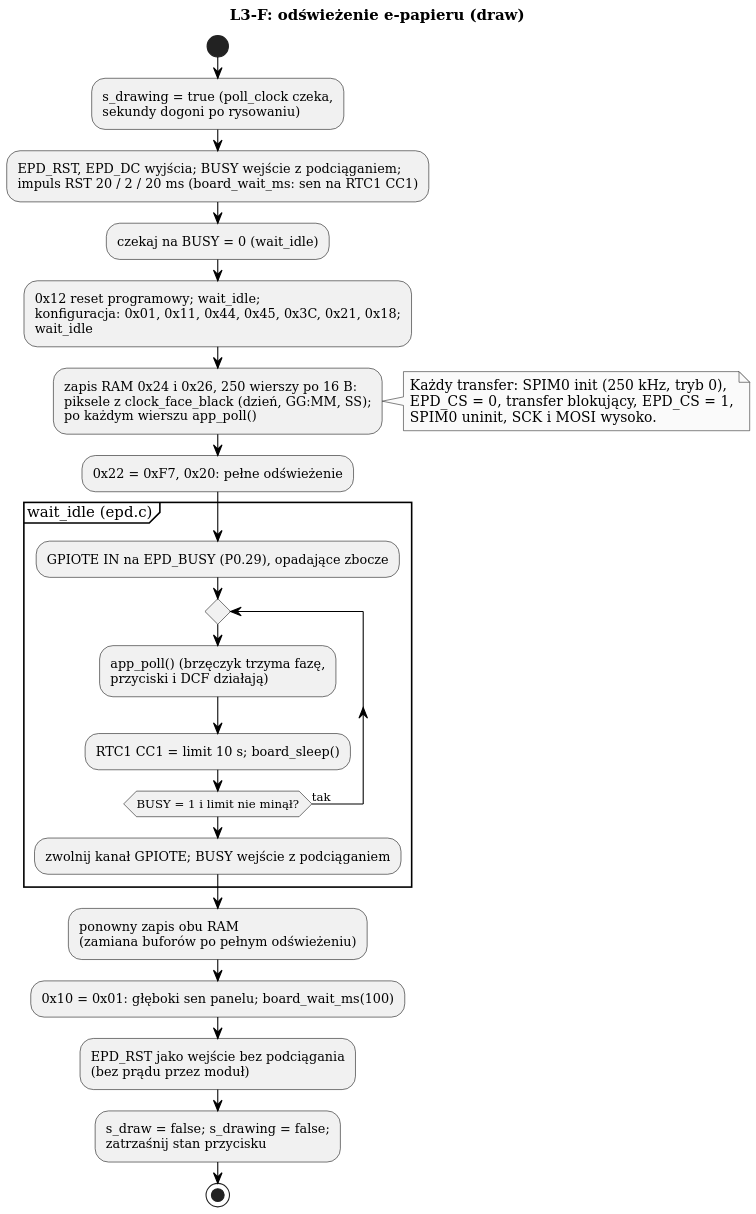
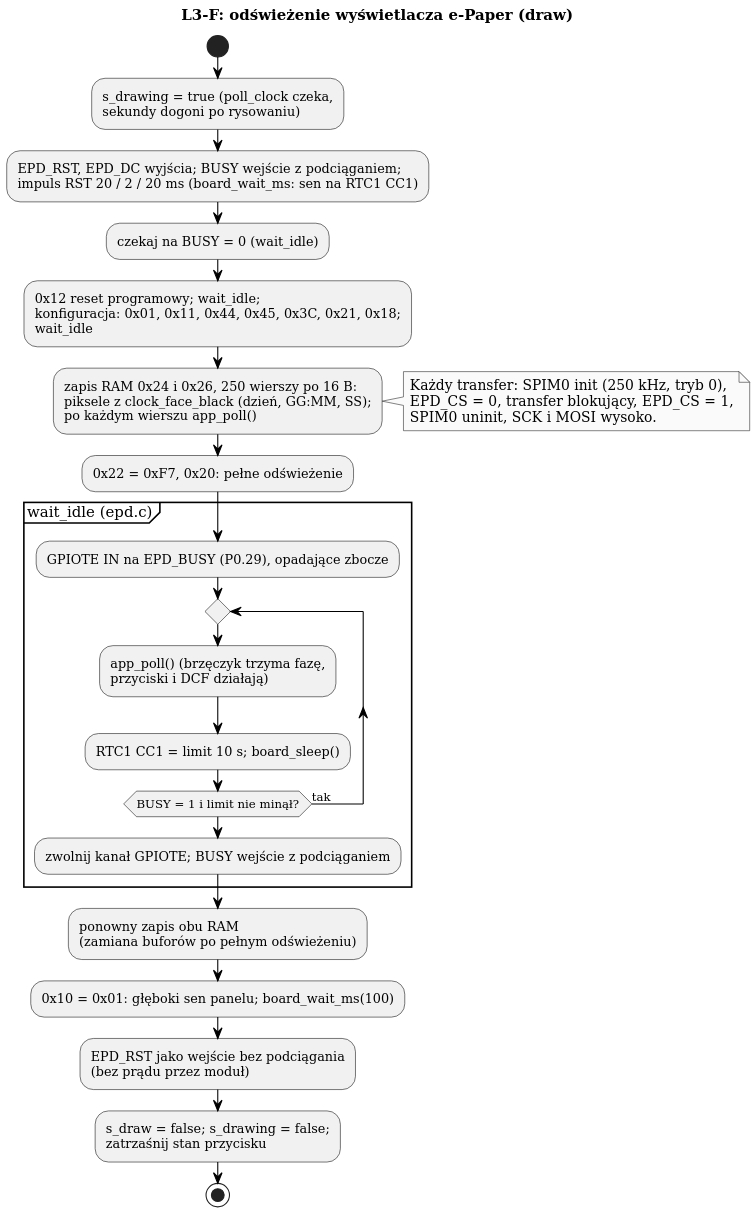
The diagram in firmware/docs/diagrams/l3-detail-f.puml (mikolajwojcicki/clock-project), drawn with PlantUML before and after one commit. The commit also changed other lines of this file and 12 other files, not shown here.

```diff
--- a/firmware/docs/diagrams/l3-detail-f.puml
+++ b/firmware/docs/diagrams/l3-detail-f.puml
@@ -4,56 +4,56 @@
 @startuml
 skinparam monochrome true
 skinparam shadowing false
 skinparam backgroundColor white
 skinparam defaultFontName DejaVu Serif
 skinparam activityFontName DejaVu Serif
 skinparam activityDiamondFontName DejaVu Serif
 skinparam noteFontName DejaVu Serif
 skinparam dpi 160
 skinparam ActivityBorderColor black
 skinparam ActivityDiamondBorderColor black
 skinparam ArrowColor black
 
-title L3-F: odświeżenie e-papieru (draw)
+title L3-F: odświeżenie wyświetlacza e-Paper (draw)
 
 start
 ' main.c:draw
 :s_drawing = true (poll_clock czeka,\nsekundy dogoni po rysowaniu);
 ' epd.c:refresh_panel, board.c:board_wait_ms
 :EPD_RST, EPD_DC wyjścia; BUSY wejście z podciąganiem;\nimpuls RST 20 / 2 / 20 ms (board_wait_ms: sen na RTC1 CC1);
 ' epd.c:refresh_panel, epd.c:wait_idle
 :czekaj na BUSY = 0 (wait_idle);
 ' epd.c:refresh_panel, epd.c:cmd
 :0x12 reset programowy; wait_idle;\nkonfiguracja: 0x01, 0x11, 0x44, 0x45, 0x3C, 0x21, 0x18;\nwait_idle;
 ' epd.c:write_both_rams, epd.c:write_face, clock_face.c:clock_face_black
 :zapis RAM 0x24 i 0x26, 250 wierszy po 16 B:\npiksele z clock_face_black (dzień, GG:MM, SS);\npo każdym wierszu app_poll();
 ' spi_bus.c:spi_bus_transfer
 note right
   Każdy transfer: SPIM0 init (250 kHz, tryb 0),
   EPD_CS = 0, transfer blokujący, EPD_CS = 1,
   SPIM0 uninit, SCK i MOSI wysoko.
 end note
 ' epd.c:refresh_panel
 :0x22 = 0xF7, 0x20: pełne odświeżenie;
 partition "wait_idle (epd.c)" {
   ' epd.c:wait_idle
   :GPIOTE IN na EPD_BUSY (P0.29), opadające zbocze;
   repeat
     ' epd.c:wait_idle, main.c:app_poll
     :app_poll() (brzęczyk trzyma fazę,\nprzyciski i DCF działają);
     ' epd.c:wait_idle, board.c:board_wake_at, board.c:board_sleep
     :RTC1 CC1 = limit 10 s; board_sleep();
   repeat while (BUSY = 1 i limit nie minął?) is (tak)
   ' epd.c:wait_idle
   :zwolnij kanał GPIOTE; BUSY wejście z podciąganiem;
 }
 ' epd.c:refresh_panel
 :ponowny zapis obu RAM\n(zamiana buforów po pełnym odświeżeniu);
 ' epd.c:refresh_panel
 :0x10 = 0x01: głęboki sen panelu; board_wait_ms(100);
 ' epd.c:epd_refresh
 :EPD_RST jako wejście bez podciągania\n(bez prądu przez moduł);
 ' main.c:draw
 :s_draw = false; s_drawing = false;\nzatrzaśnij stan przycisku;
 stop
 @enduml
```
